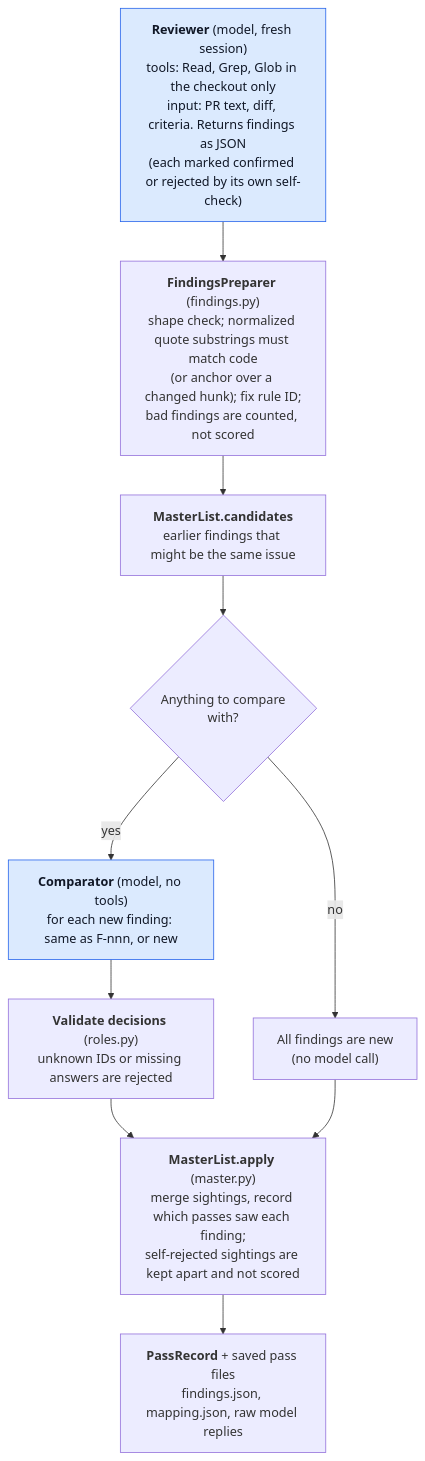
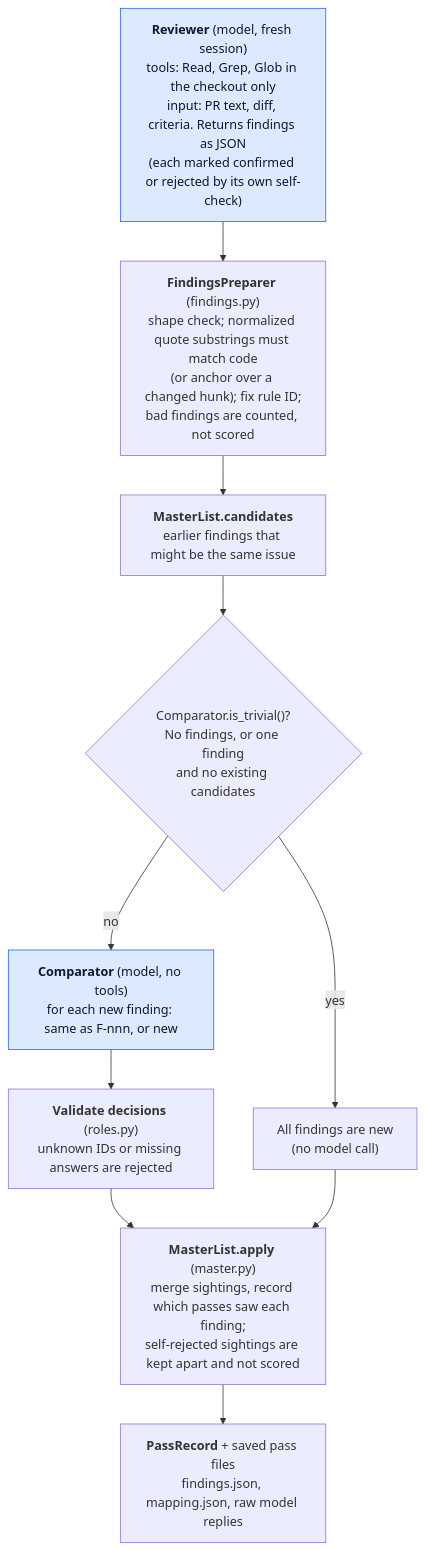
Before and after one commit to sskelkar/code-reviewer: the fourth of 4 diagrams in docs/architecture.md, drawn with Mermaid. The commit also changed other lines of this file and 4 other files, not shown here.

````diff
--- a/docs/architecture.md
+++ b/docs/architecture.md
@@ -167,19 +171,19 @@
 ```mermaid
 flowchart TD
     A["<b>Reviewer</b> (model, fresh session)<br/>tools: Read, Grep, Glob in the checkout only<br/>input: PR text, diff, criteria. Returns findings as JSON<br/>(each marked confirmed or rejected by its own self-check)"]
     B["<b>FindingsPreparer</b> (findings.py)<br/>shape check; normalized quote substrings must match code<br/>(or anchor over a changed hunk); fix rule ID;<br/>bad findings are counted, not scored"]
     C["<b>MasterList.candidates</b><br/>earlier findings that might be the same issue"]
-    D{"Anything to compare<br/>with?"}
+    D{"Comparator.is_trivial()?<br/>No findings, or one finding<br/>and no existing candidates"}
     E["<b>Comparator</b> (model, no tools)<br/>for each new finding: same as F-nnn, or new"]
     F["All findings are new<br/>(no model call)"]
     G["<b>Validate decisions</b> (roles.py)<br/>unknown IDs or missing answers are rejected"]
     H["<b>MasterList.apply</b> (master.py)<br/>merge sightings, record which passes saw each finding;<br/>self-rejected sightings are kept apart and not scored"]
     I["<b>PassRecord</b> + saved pass files<br/>findings.json, mapping.json, raw model replies"]
     A --> B --> C --> D
-    D -->|yes| E --> G --> H
-    D -->|no| F --> H
+    D -->|no| E --> G --> H
+    D -->|yes| F --> H
     H --> I
 
     classDef model fill:#dbeafe,stroke:#2563eb,color:#111827
     class A,E model
 ```
````
